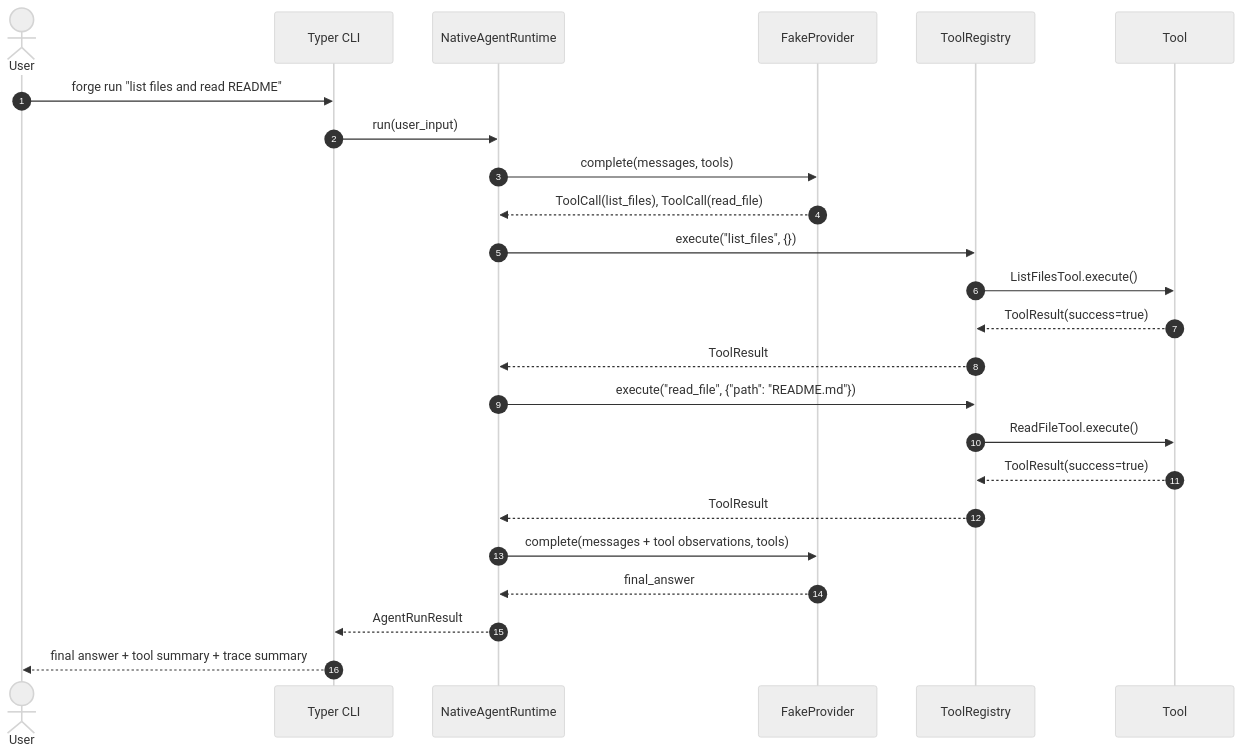
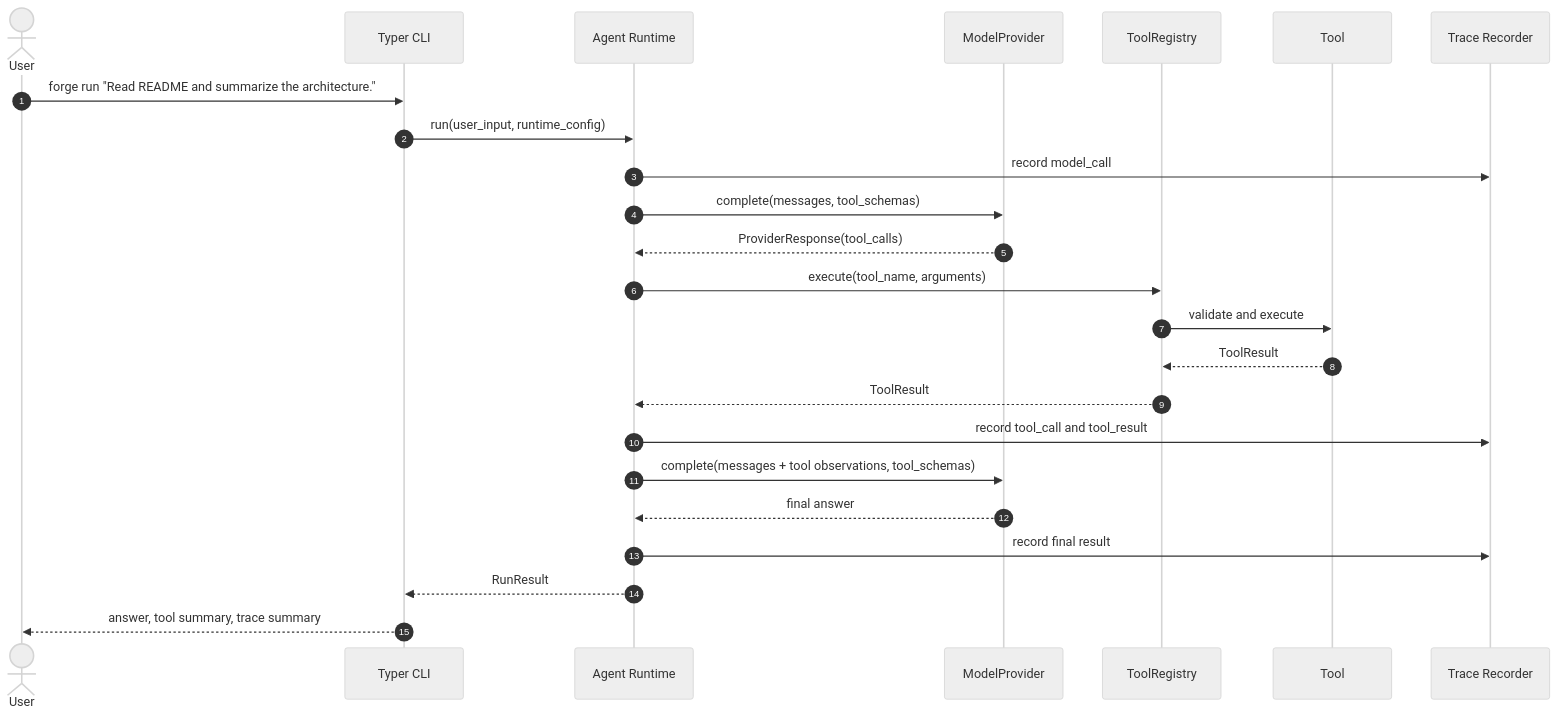
The second of 3 diagrams in README.md (Dreamer-Sea/forge-agent), drawn with Mermaid (neutral theme) before and after one commit. The commit also changed other lines of this file, not shown here.

Commit message:
docs(day7): finalize readme for agent platform demo

````diff
--- a/README.md
+++ b/README.md
@@ -156,33 +116,32 @@
 ```mermaid
 sequenceDiagram
     autonumber
 
     actor User
     participant CLI as Typer CLI
-    participant Runtime as NativeAgentRuntime
-    participant Provider as FakeProvider
+    participant Runtime as Agent Runtime
+    participant Provider as ModelProvider
     participant Registry as ToolRegistry
     participant Tool as Tool
+    participant Trace as Trace Recorder
 
-    User->>CLI: forge run "list files and read README"
-    CLI->>Runtime: run(user_input)
+    User->>CLI: forge run "Read README and summarize the architecture."
+    CLI->>Runtime: run(user_input, runtime_config)
 
-    Runtime->>Provider: complete(messages, tools)
-    Provider-->>Runtime: ToolCall(list_files), ToolCall(read_file)
+    Runtime->>Trace: record model_call
+    Runtime->>Provider: complete(messages, tool_schemas)
+    Provider-->>Runtime: ProviderResponse(tool_calls)
 
-    Runtime->>Registry: execute("list_files", {})
-    Registry->>Tool: ListFilesTool.execute()
-    Tool-->>Registry: ToolResult(success=true)
+    Runtime->>Registry: execute(tool_name, arguments)
+    Registry->>Tool: validate and execute
+    Tool-->>Registry: ToolResult
     Registry-->>Runtime: ToolResult
 
-    Runtime->>Registry: execute("read_file", {"path": "README.md"})
-    Registry->>Tool: ReadFileTool.execute()
-    Tool-->>Registry: ToolResult(success=true)
-    Registry-->>Runtime: ToolResult
+    Runtime->>Trace: record tool_call and tool_result
+    Runtime->>Provider: complete(messages + tool observations, tool_schemas)
+    Provider-->>Runtime: final answer
 
-    Runtime->>Provider: complete(messages + tool observations, tools)
-    Provider-->>Runtime: final_answer
-
-    Runtime-->>CLI: AgentRunResult
-    CLI-->>User: final answer + tool summary + trace summary
+    Runtime->>Trace: record final result
+    Runtime-->>CLI: RunResult
+    CLI-->>User: answer, tool summary, trace summary
 ```
````
